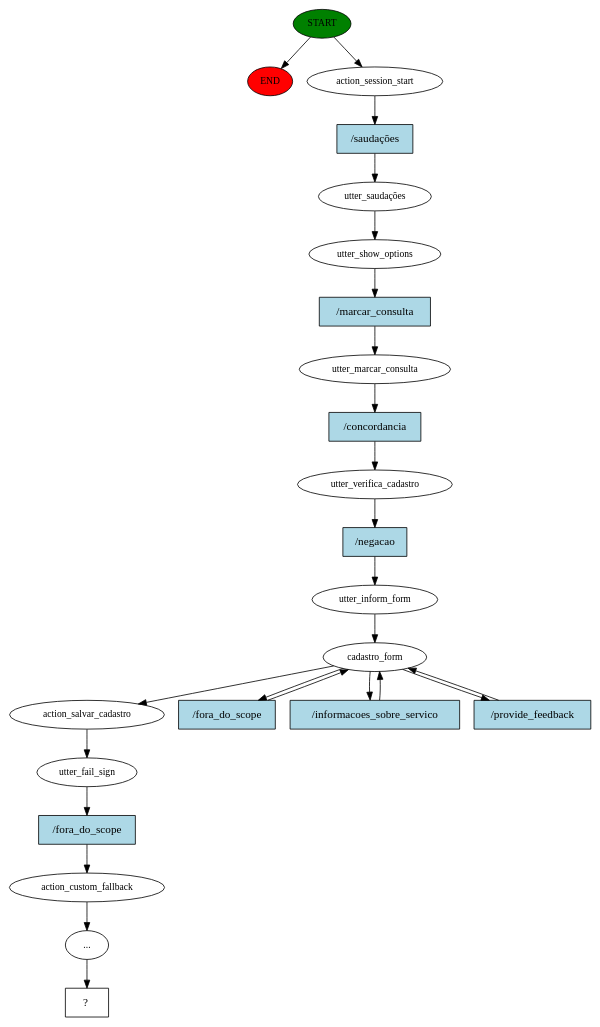
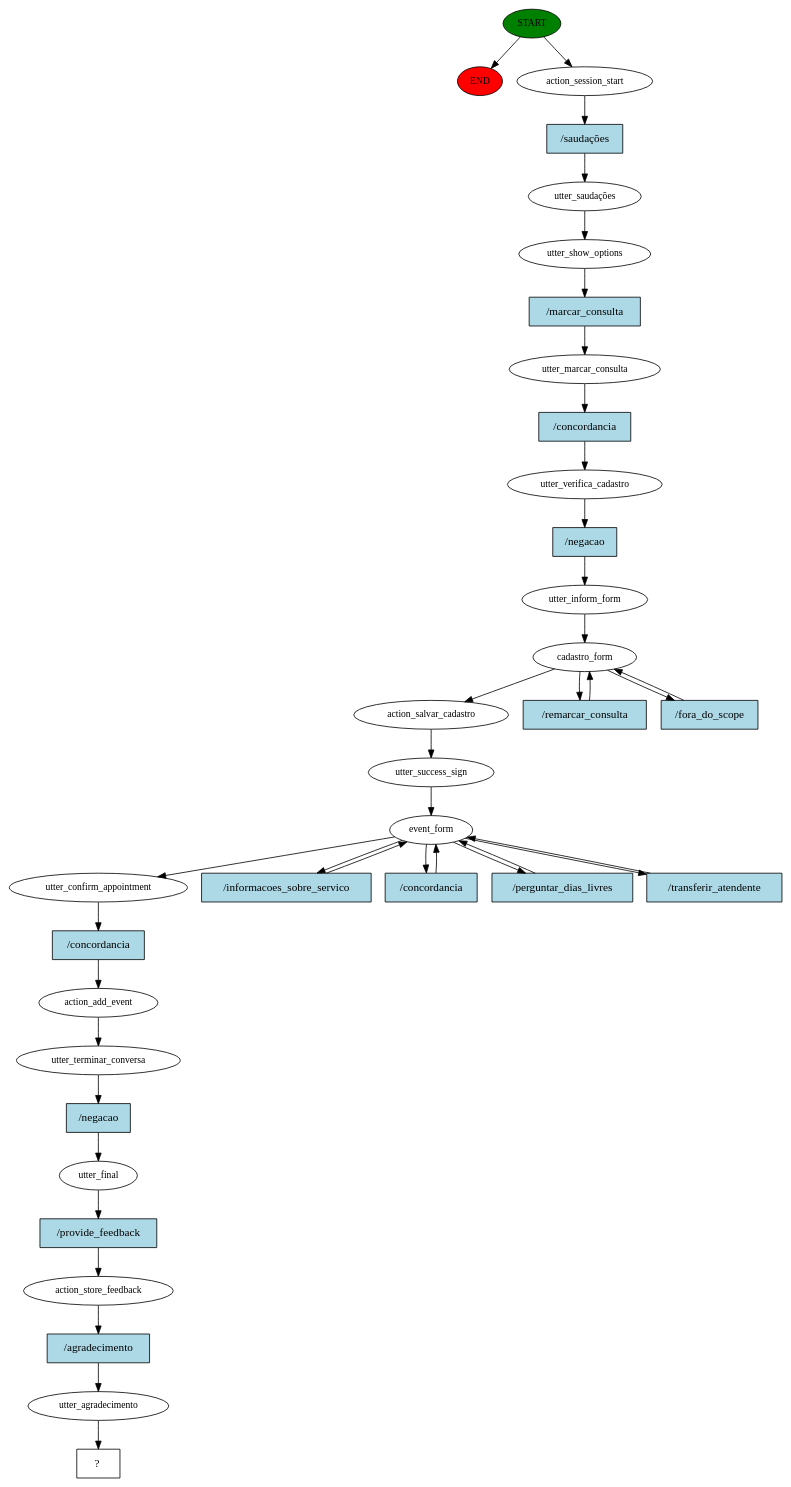
One commit to vandharlok/rasa_chatbot changed the diagram in story_graph.dot. Above: the diagram before and after it, drawn with Graphviz. The commit also changed 528 other files, not shown here.

```diff
--- a/story_graph.dot
+++ b/story_graph.dot
@@ -1,48 +1,73 @@
 digraph  {
 0 [class="start active", fillcolor=green, fontsize=12, label=START, style=filled];
 "-1" [class=end, fillcolor=red, fontsize=12, label=END, style=filled];
 1 [class=active, fontsize=12, label=action_session_start];
 2 [class=active, fontsize=12, label="utter_saudações"];
 3 [class=active, fontsize=12, label=utter_show_options];
 4 [class=active, fontsize=12, label=utter_marcar_consulta];
 5 [class=active, fontsize=12, label=utter_verifica_cadastro];
 6 [class=active, fontsize=12, label=utter_inform_form];
 7 [class=active, fontsize=12, label=cadastro_form];
 12 [class=active, fontsize=12, label=action_salvar_cadastro];
-13 [class=active, fontsize=12, label=utter_fail_sign];
-14 [class=active, fontsize=12, label=action_custom_fallback];
-15 [class=active, fontsize=12, label="..."];
-16 [class="intent dashed active", label="  ?  ", shape=rect];
-17 [class="intent active", fillcolor=lightblue, label="/saudações", shape=rect, style=filled];
-18 [class="intent active", fillcolor=lightblue, label="/marcar_consulta", shape=rect, style=filled];
-19 [class="intent active", fillcolor=lightblue, label="/concordancia", shape=rect, style=filled];
-20 [class="intent active", fillcolor=lightblue, label="/negacao", shape=rect, style=filled];
-21 [class="intent active", fillcolor=lightblue, label="/fora_do_scope", shape=rect, style=filled];
-22 [class="intent active", fillcolor=lightblue, label="/informacoes_sobre_servico", shape=rect, style=filled];
-23 [class="intent active", fillcolor=lightblue, label="/provide_feedback", shape=rect, style=filled];
-24 [class="intent active", fillcolor=lightblue, label="/fora_do_scope", shape=rect, style=filled];
+13 [class=active, fontsize=12, label=utter_success_sign];
+14 [class=active, fontsize=12, label=event_form];
+20 [class=active, fontsize=12, label=utter_confirm_appointment];
+21 [class=active, fontsize=12, label=action_add_event];
+22 [class=active, fontsize=12, label=utter_terminar_conversa];
+23 [class=active, fontsize=12, label=utter_final];
+24 [class=active, fontsize=12, label=action_store_feedback];
+25 [class=active, fontsize=12, label=utter_agradecimento];
+26 [class="intent dashed active", label="  ?  ", shape=rect];
+27 [class="intent active", fillcolor=lightblue, label="/saudações", shape=rect, style=filled];
+28 [class="intent active", fillcolor=lightblue, label="/marcar_consulta", shape=rect, style=filled];
+29 [class="intent active", fillcolor=lightblue, label="/concordancia", shape=rect, style=filled];
+30 [class="intent active", fillcolor=lightblue, label="/negacao", shape=rect, style=filled];
+31 [class="intent active", fillcolor=lightblue, label="/remarcar_consulta", shape=rect, style=filled];
+32 [class="intent active", fillcolor=lightblue, label="/fora_do_scope", shape=rect, style=filled];
+33 [class="intent active", fillcolor=lightblue, label="/informacoes_sobre_servico", shape=rect, style=filled];
+34 [class="intent active", fillcolor=lightblue, label="/concordancia", shape=rect, style=filled];
+35 [class="intent active", fillcolor=lightblue, label="/perguntar_dias_livres", shape=rect, style=filled];
+36 [class="intent active", fillcolor=lightblue, label="/transferir_atendente", shape=rect, style=filled];
+37 [class="intent active", fillcolor=lightblue, label="/concordancia", shape=rect, style=filled];
+38 [class="intent active", fillcolor=lightblue, label="/negacao", shape=rect, style=filled];
+39 [class="intent active", fillcolor=lightblue, label="/provide_feedback", shape=rect, style=filled];
+40 [class="intent active", fillcolor=lightblue, label="/agradecimento", shape=rect, style=filled];
 0 -> "-1"  [class="", key=NONE, label=""];
 0 -> 1  [class=active, key=NONE, label=""];
-1 -> 17  [class=active, key=0];
+1 -> 27  [class=active, key=0];
 2 -> 3  [class=active, key=NONE, label=""];
-3 -> 18  [class=active, key=0];
-4 -> 19  [class=active, key=0];
-5 -> 20  [class=active, key=0];
+3 -> 28  [class=active, key=0];
+4 -> 29  [class=active, key=0];
+5 -> 30  [class=active, key=0];
 6 -> 7  [class=active, key=NONE, label=""];
 7 -> 12  [class=active, key=NONE, label=""];
-7 -> 21  [class=active, key=0];
-7 -> 22  [class=active, key=0];
-7 -> 23  [class=active, key=0];
+7 -> 31  [class=active, key=0];
+7 -> 32  [class=active, key=0];
 12 -> 13  [class=active, key=NONE, label=""];
-13 -> 24  [class=active, key=0];
-14 -> 15  [class=active, key=NONE, label=""];
-15 -> 16  [class=active, key=NONE, label=""];
-17 -> 2  [class=active, key=0];
-18 -> 4  [class=active, key=0];
-19 -> 5  [class=active, key=0];
-20 -> 6  [class=active, key=0];
-21 -> 7  [class=active, key=0];
-22 -> 7  [class=active, key=0];
-23 -> 7  [class=active, key=0];
-24 -> 14  [class=active, key=0];
+13 -> 14  [class=active, key=NONE, label=""];
+14 -> 20  [class=active, key=NONE, label=""];
+14 -> 33  [class=active, key=0];
+14 -> 34  [class=active, key=0];
+14 -> 35  [class=active, key=0];
+14 -> 36  [class=active, key=0];
+20 -> 37  [class=active, key=0];
+21 -> 22  [class=active, key=NONE, label=""];
+22 -> 38  [class=active, key=0];
+23 -> 39  [class=active, key=0];
+24 -> 40  [class=active, key=0];
+25 -> 26  [class=active, key=NONE, label=""];
+27 -> 2  [class=active, key=0];
+28 -> 4  [class=active, key=0];
+29 -> 5  [class=active, key=0];
+30 -> 6  [class=active, key=0];
+31 -> 7  [class=active, key=0];
+32 -> 7  [class=active, key=0];
+33 -> 14  [class=active, key=0];
+34 -> 14  [class=active, key=0];
+35 -> 14  [class=active, key=0];
+36 -> 14  [class=active, key=0];
+37 -> 21  [class=active, key=0];
+38 -> 23  [class=active, key=0];
+39 -> 24  [class=active, key=0];
+40 -> 25  [class=active, key=0];
 }
```
